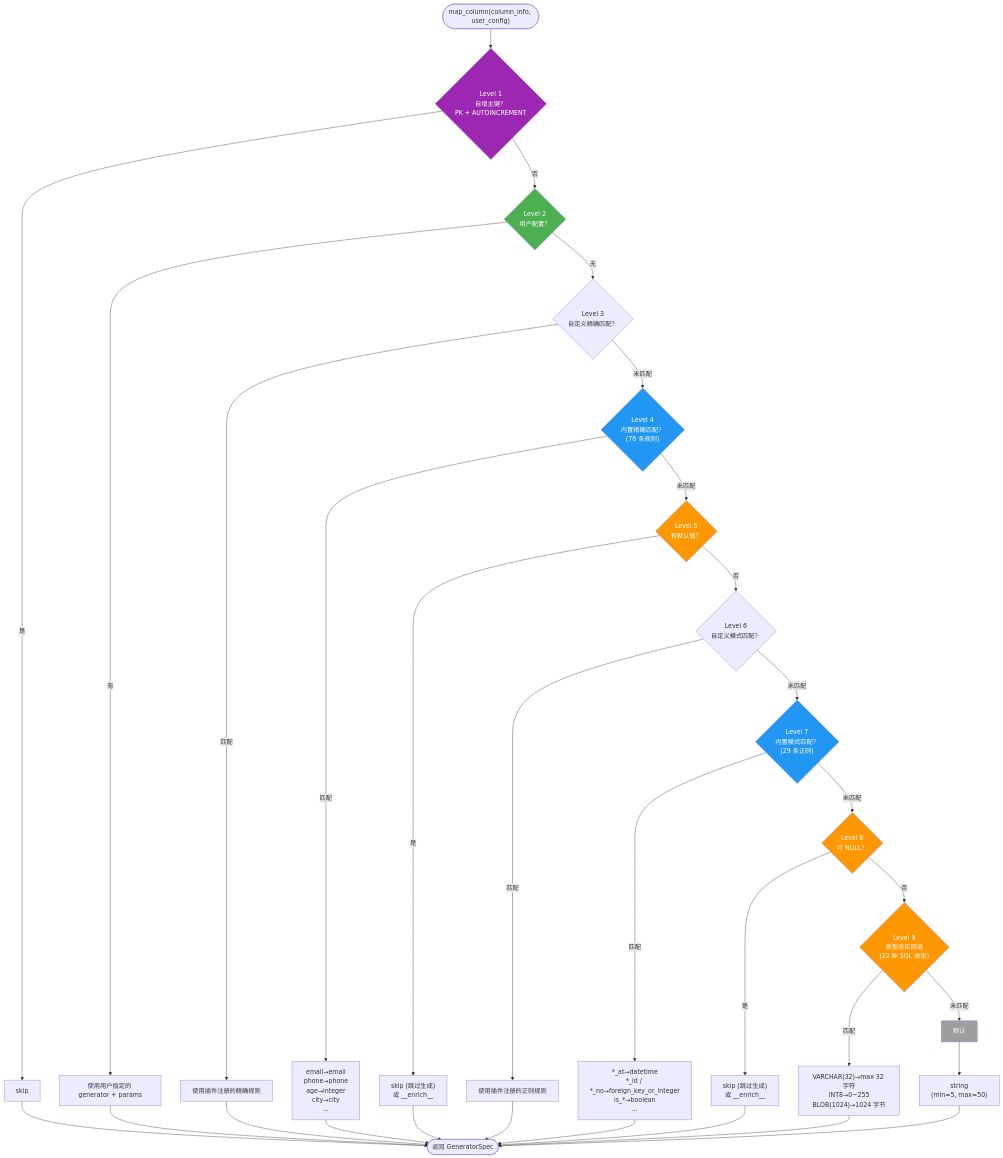
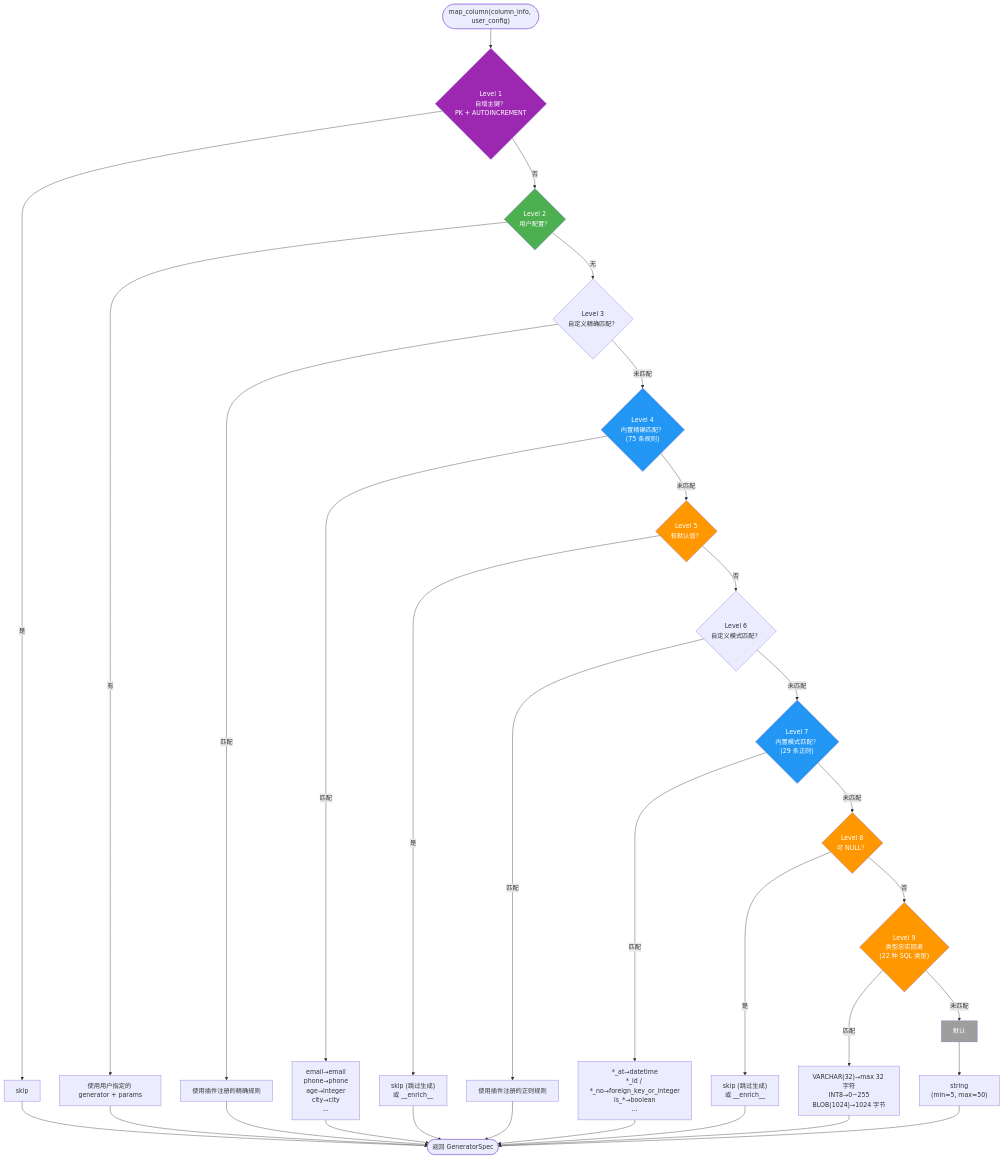
The third of 11 diagrams in docs/architecture.zh-CN.md (sunbos/sqlseed), drawn with Mermaid before and after one commit. The commit also changed 10 other files, not shown here.

````diff
--- a/docs/architecture.zh-CN.md
+++ b/docs/architecture.zh-CN.md
@@ -209,53 +209,53 @@
 ```mermaid
 flowchart TD
     Start(["map_column(column_info, user_config)"]) --> L1
 
     L1{"Level 1<br/>自增主键？<br/>PK + AUTOINCREMENT"} -->|是| R1["skip"]
     L1 -->|否| L2
 
     L2{"Level 2<br/>用户配置？"} -->|有| R2["使用用户指定的 generator + params"]
     L2 -->|无| L3
 
     L3{"Level 3<br/>自定义精确匹配？"} -->|匹配| R3["使用插件注册的精确规则"]
     L3 -->|未匹配| L4
 
-    L4{"Level 4<br/>内置精确匹配？<br/>(<!-- BEGIN:AUTO-GENERATED:exact-match-rule-count -->76<!-- END:AUTO-GENERATED:exact-match-rule-count --> 条规则)"} -->|匹配| R4["email→email<br/>phone→phone<br/>age→integer<br/>city→city<br/>..."]
+    L4{"Level 4<br/>内置精确匹配？<br/>(<!-- BEGIN:AUTO-GENERATED:exact-match-rule-count -->75<!-- END:AUTO-GENERATED:exact-match-rule-count --> 条规则)"} -->|匹配| R4["email→email<br/>phone→phone<br/>age→integer<br/>city→city<br/>..."]
     L4 -->|未匹配| L5
 
     L5{"Level 5<br/>有默认值？"} -->|是| R5["skip (跳过生成)<br/>或 __enrich__"]
     L5 -->|否| L6
 
     L6{"Level 6<br/>自定义模式匹配？"} -->|匹配| R6["使用插件注册的正则规则"]
     L6 -->|未匹配| L7
 
     L7{"Level 7<br/>内置模式匹配？<br/>(<!-- BEGIN:AUTO-GENERATED:pattern-match-rule-count -->29<!-- END:AUTO-GENERATED:pattern-match-rule-count --> 条正则)"} -->|匹配| R7["*_at→datetime<br/>*_id / *_no→foreign_key_or_integer<br/>is_*→boolean<br/>..."]
     L7 -->|未匹配| L8
 
     L8{"Level 8<br/>可 NULL？"} -->|是| R8["skip (跳过生成)<br/>或 __enrich__"]
     L8 -->|否| L9
 
     L9{"Level 9<br/>类型忠实回退<br/>(22 种 SQL 类型)"} -->|匹配| R9["VARCHAR(32)→max 32 字符<br/>INT8→0~255<br/>BLOB(1024)→1024 字节"]
     L9 -->|未匹配| L10
 
     L10["默认"] --> R10["string<br/>(min=5, max=50)"]
 
     R1 --> Done(["返回 GeneratorSpec"])
     R2 --> Done
     R3 --> Done
     R4 --> Done
     R5 --> Done
     R6 --> Done
     R7 --> Done
     R8 --> Done
     R9 --> Done
     R10 --> Done
 
     style L1 fill:#9C27B0,color:#fff
     style L2 fill:#4CAF50,color:#fff
     style L4 fill:#2196F3,color:#fff
     style L5 fill:#FF9800,color:#fff
     style L7 fill:#2196F3,color:#fff
     style L8 fill:#FF9800,color:#fff
     style L9 fill:#FF9800,color:#fff
     style L10 fill:#9E9E9E,color:#fff
 ```
````
